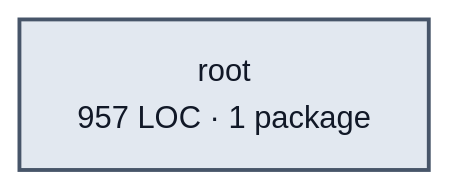
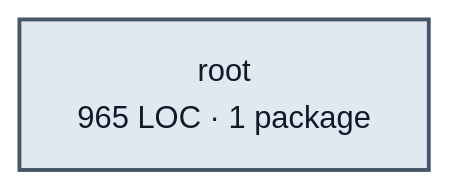
One commit to portpowered/you-agent-factory changed the diagram in docs/architecture/visualizations/services/edges.md. Above: the diagram before and after it, drawn with Mermaid (base theme). The commit also changed other lines of this file and 20 other files, not shown here.

Commit message:
docs: refresh backend architecture visualizations

````diff
--- a/docs/architecture/visualizations/services/edges.md
+++ b/docs/architecture/visualizations/services/edges.md
@@ -11,5 +11,5 @@
 ```mermaid
 flowchart LR
-  p0["root<br/>957 LOC · 1 package"]
+  p0["root<br/>965 LOC · 1 package"]
   style p0 fill:#e2e8f0,stroke:#475569,stroke-width:2px,color:#111827
 ```
````
